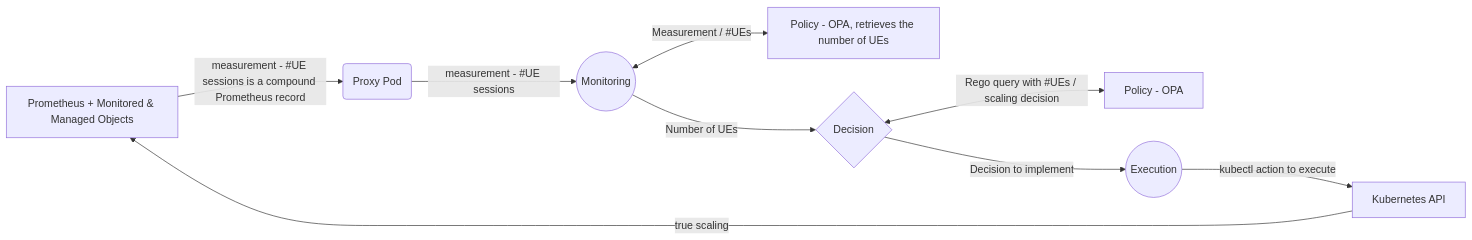
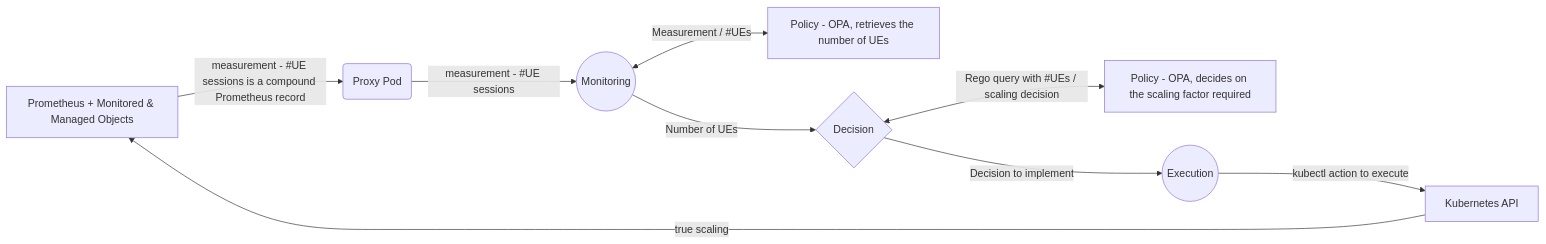
One commit to dbursztynowski/cl_demo changed the diagram in README2.md. Above: the diagram before and after it, drawn with Mermaid.

````diff
--- a/README2.md
+++ b/README2.md
@@ -10,11 +10,11 @@
 ```mermaid
 flowchart LR
 M[Prometheus + Monitored & Managed Objects] -->|measurement - #UE sessions is a compound Prometheus record| X(Proxy Pod)
 X -->|measurement - #UE sessions| A((Monitoring))
 A <-->|Measurement / #UEs| P[Policy - OPA, retrieves the number of UEs]
 A -->|Number of UEs| B{Decision}
-B <-->|Rego query with #UEs / scaling decision| C[Policy - OPA]
+B <-->|Rego query with #UEs / scaling decision| C[Policy - OPA, decides on the scaling factor required]
 B -->|Decision to implement| D((Execution))
 D -->|kubectl action to execute| K[Kubernetes API]
 K -->|true scaling| M
 ```
````
